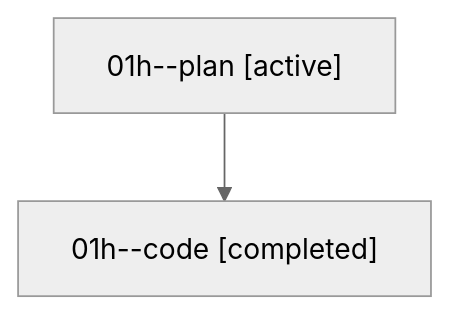
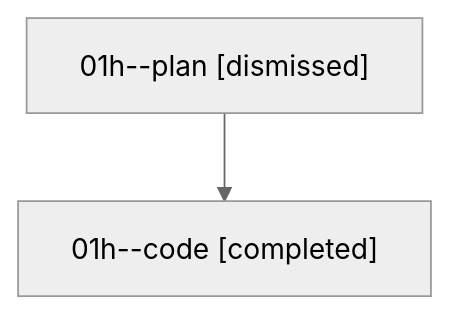
Before and after one commit to sase-org/sase--agents: the diagram in sessions/bbugyi200.athena.01h.md, drawn with Mermaid (neutral theme). The commit also changed other lines of this file and 20 other files, not shown here.

````diff
--- a/sessions/bbugyi200.athena.01h.md
+++ b/sessions/bbugyi200.athena.01h.md
@@ -9,6 +9,6 @@
 ```mermaid
 flowchart TD
-  n0["01h--plan [active]"]
+  n0["01h--plan [dismissed]"]
   n1["01h--code [completed]"]
   n0 --> n1
 ```
````
